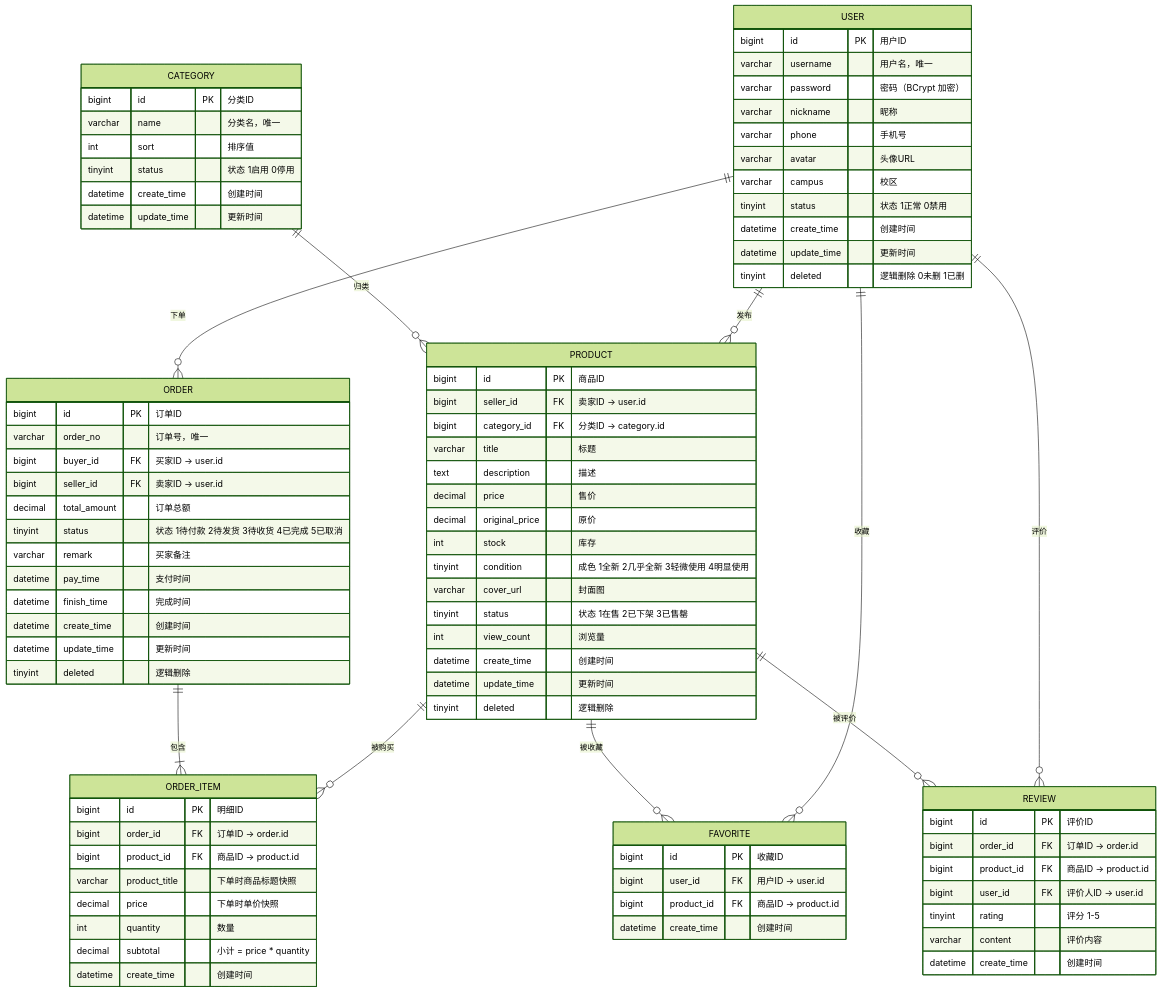
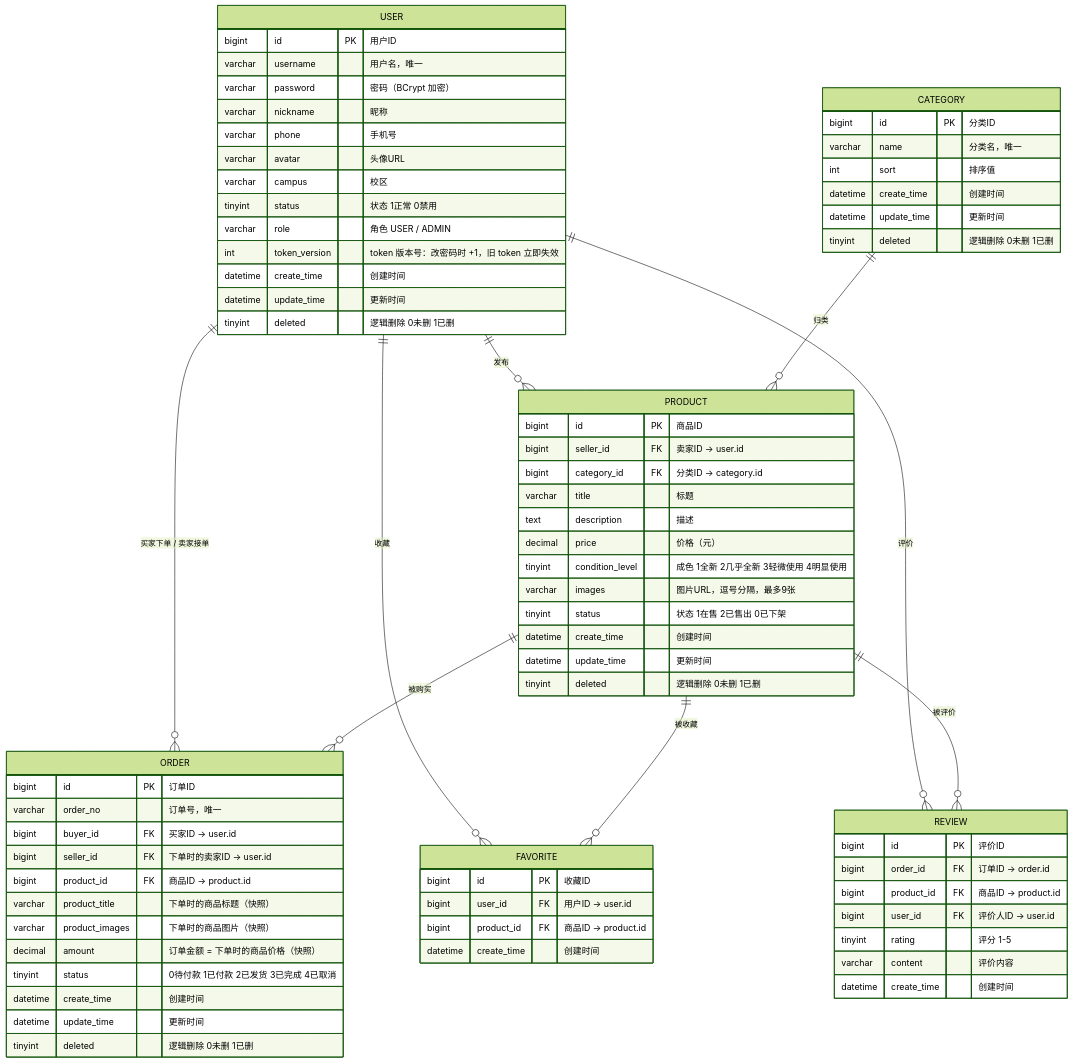
One commit to cjjkd/CampusMart changed the diagram in docs/er-diagram.md. Above: the diagram before and after it, drawn with Mermaid (forest theme). The commit also changed other lines of this file and 1 other file, not shown here.

Commit message:
docs: 校准 ER 图与 README 至真实表结构（USER/CATEGORY/PRODUCT/ORDER）

````diff
--- a/docs/er-diagram.md
+++ b/docs/er-diagram.md
@@ -5,14 +5,13 @@
 ```mermaid
 erDiagram
     USER ||--o{ PRODUCT   : "发布"
-    USER ||--o{ ORDER     : "下单"
+    USER ||--o{ ORDER     : "买家下单 / 卖家接单"
     USER ||--o{ FAVORITE  : "收藏"
     USER ||--o{ REVIEW    : "评价"
     CATEGORY ||--o{ PRODUCT : "归类"
-    PRODUCT  ||--o{ ORDER_ITEM : "被购买"
-    PRODUCT  ||--o{ FAVORITE   : "被收藏"
-    PRODUCT  ||--o{ REVIEW     : "被评价"
-    ORDER    ||--|{ ORDER_ITEM : "包含"
+    PRODUCT  ||--o{ ORDER    : "被购买"
+    PRODUCT  ||--o{ FAVORITE : "被收藏"
+    PRODUCT  ||--o{ REVIEW   : "被评价"
 
     USER {
         bigint   id          PK "用户ID"
@@ -23,6 +22,8 @@
         varchar  avatar         "头像URL"
         varchar  campus         "校区"
         tinyint  status         "状态 1正常 0禁用"
+        varchar  role           "角色 USER / ADMIN"
+        int      token_version  "token 版本号：改密码时 +1，旧 token 立即失效"
         datetime create_time    "创建时间"
         datetime update_time    "更新时间"
         tinyint  deleted        "逻辑删除 0未删 1已删"
@@ -32,53 +33,39 @@
         bigint   id          PK "分类ID"
         varchar  name           "分类名，唯一"
         int      sort           "排序值"
-        tinyint  status         "状态 1启用 0停用"
         datetime create_time    "创建时间"
         datetime update_time    "更新时间"
+        tinyint  deleted        "逻辑删除 0未删 1已删"
     }
 
     PRODUCT {
-        bigint   id          PK "商品ID"
-        bigint   seller_id   FK "卖家ID -> user.id"
-        bigint   category_id FK "分类ID -> category.id"
-        varchar  title          "标题"
-        text     description    "描述"
-        decimal  price          "售价"
-        decimal  original_price "原价"
-        int      stock          "库存"
-        tinyint  condition      "成色 1全新 2几乎全新 3轻微使用 4明显使用"
-        varchar  cover_url      "封面图"
-        tinyint  status         "状态 1在售 2已下架 3已售罄"
-        int      view_count     "浏览量"
-        datetime create_time    "创建时间"
-        datetime update_time    "更新时间"
-        tinyint  deleted        "逻辑删除"
+        bigint   id              PK "商品ID"
+        bigint   seller_id       FK "卖家ID -> user.id"
+        bigint   category_id     FK "分类ID -> category.id"
+        varchar  title              "标题"
+        text     description        "描述"
+        decimal  price              "价格（元）"
+        tinyint  condition_level    "成色 1全新 2几乎全新 3轻微使用 4明显使用"
+        varchar  images             "图片URL，逗号分隔，最多9张"
+        tinyint  status             "状态 1在售 2已售出 0已下架"
+        datetime create_time        "创建时间"
+        datetime update_time        "更新时间"
+        tinyint  deleted            "逻辑删除 0未删 1已删"
     }
 
     ORDER {
-        bigint   id          PK "订单ID"
-        varchar  order_no       "订单号，唯一"
-        bigint   buyer_id    FK "买家ID -> user.id"
-        bigint   seller_id   FK "卖家ID -> user.id"
-        decimal  total_amount   "订单总额"
-        tinyint  status         "状态 1待付款 2待发货 3待收货 4已完成 5已取消"
-        varchar  remark         "买家备注"
-        datetime pay_time       "支付时间"
-        datetime finish_time    "完成时间"
-        datetime create_time    "创建时间"
-        datetime update_time    "更新时间"
-        tinyint  deleted        "逻辑删除"
-    }
-
-    ORDER_ITEM {
-        bigint   id          PK "明细ID"
-        bigint   order_id    FK "订单ID -> order.id"
-        bigint   product_id  FK "商品ID -> product.id"
-        varchar  product_title  "下单时商品标题快照"
-        decimal  price          "下单时单价快照"
-        int      quantity       "数量"
-        decimal  subtotal       "小计 = price * quantity"
-        datetime create_time    "创建时间"
+        bigint   id             PK "订单ID"
+        varchar  order_no          "订单号，唯一"
+        bigint   buyer_id       FK "买家ID -> user.id"
+        bigint   seller_id      FK "下单时的卖家ID -> user.id"
+        bigint   product_id     FK "商品ID -> product.id"
+        varchar  product_title     "下单时的商品标题（快照）"
+        varchar  product_images    "下单时的商品图片（快照）"
+        decimal  amount            "订单金额 = 下单时的商品价格（快照）"
+        tinyint  status            "0待付款 1已付款 2已发货 3已完成 4已取消"
+        datetime create_time       "创建时间"
+        datetime update_time       "更新时间"
+        tinyint  deleted           "逻辑删除 0未删 1已删"
     }
 
     FAVORITE {
````
